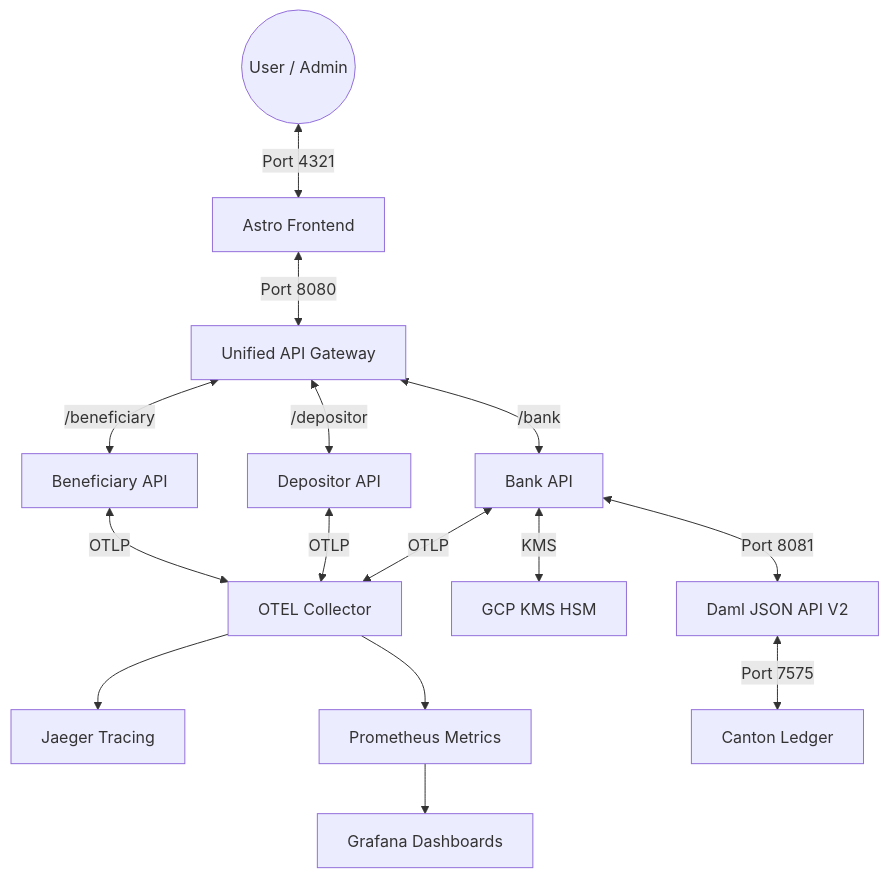
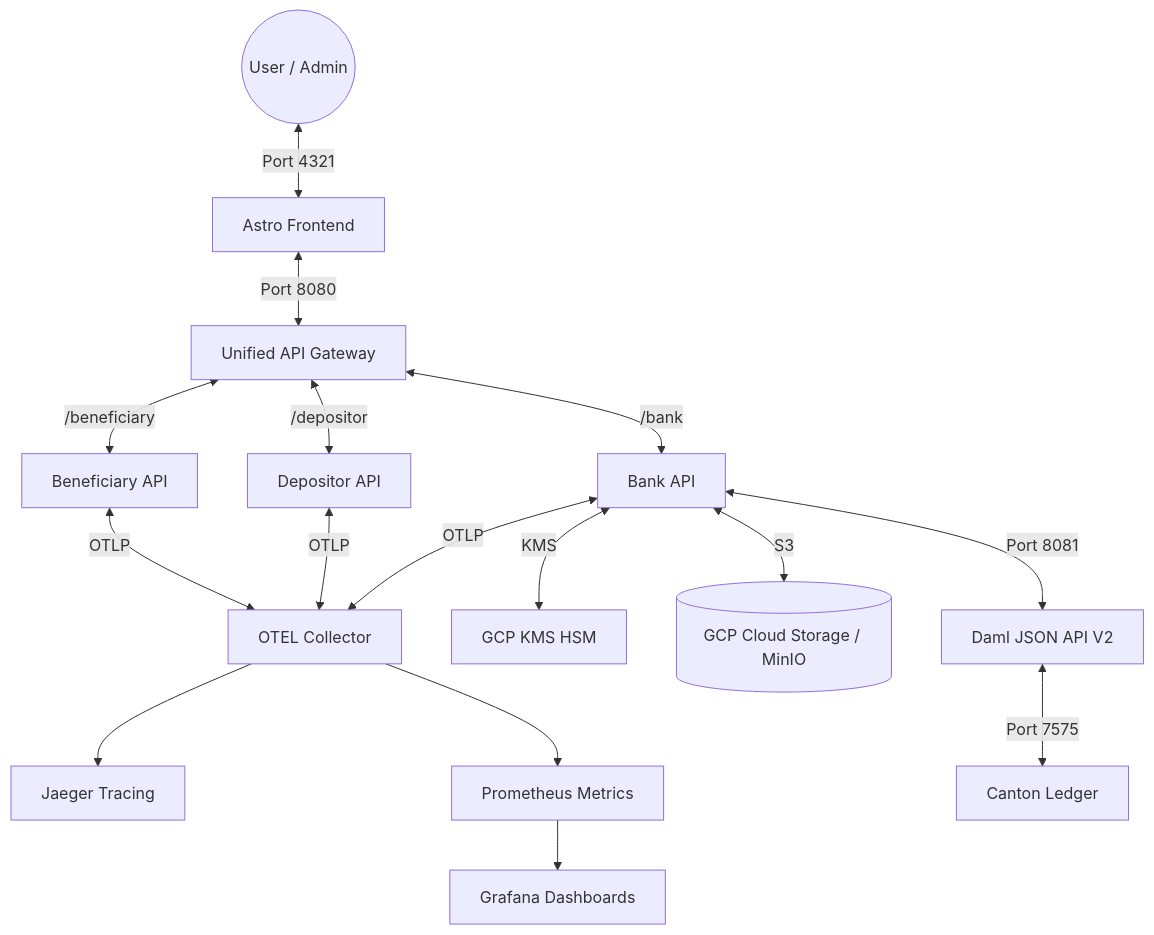
Before and after one commit to dhushon/daml-escrow: the first of 2 diagrams in README.md, drawn with Mermaid. The commit also changed other lines of this file and 51 other files, not shown here.

````diff
--- a/README.md
+++ b/README.md
@@ -15,20 +15,21 @@
 ```mermaid
 graph TD
     User((User / Admin)) <-->|Port 4321| Astro[Astro Frontend]
     Astro <-->|Port 8080| Gateway[Unified API Gateway]
     Gateway <-->|/bank| BankAPI[Bank API]
     Gateway <-->|/depositor| DepositorAPI[Depositor API]
     Gateway <-->|/beneficiary| BeneficiaryAPI[Beneficiary API]
     
     BankAPI <-->|OTLP| OTEL[OTEL Collector]
     DepositorAPI <-->|OTLP| OTEL
     BeneficiaryAPI <-->|OTLP| OTEL
     
     OTEL --> Jaeger[Jaeger Tracing]
     OTEL --> Prometheus[Prometheus Metrics]
     Prometheus --> Grafana[Grafana Dashboards]
 
     BankAPI <-->|KMS| KMS[GCP KMS HSM]
+    BankAPI <-->|S3| GCS[(GCP Cloud Storage / MinIO)]
     BankAPI <-->|Port 8081| JSON[Daml JSON API V2]
     JSON <-->|Port 7575| Canton[Canton Ledger]
 ```
````
